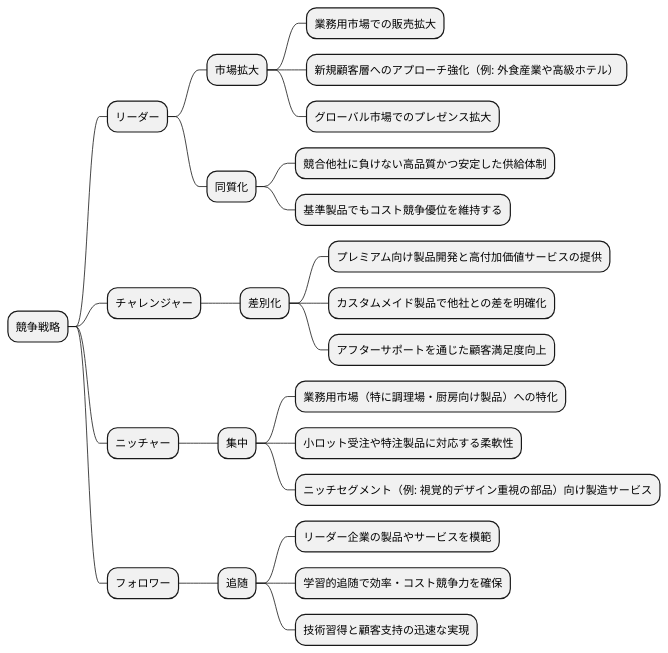
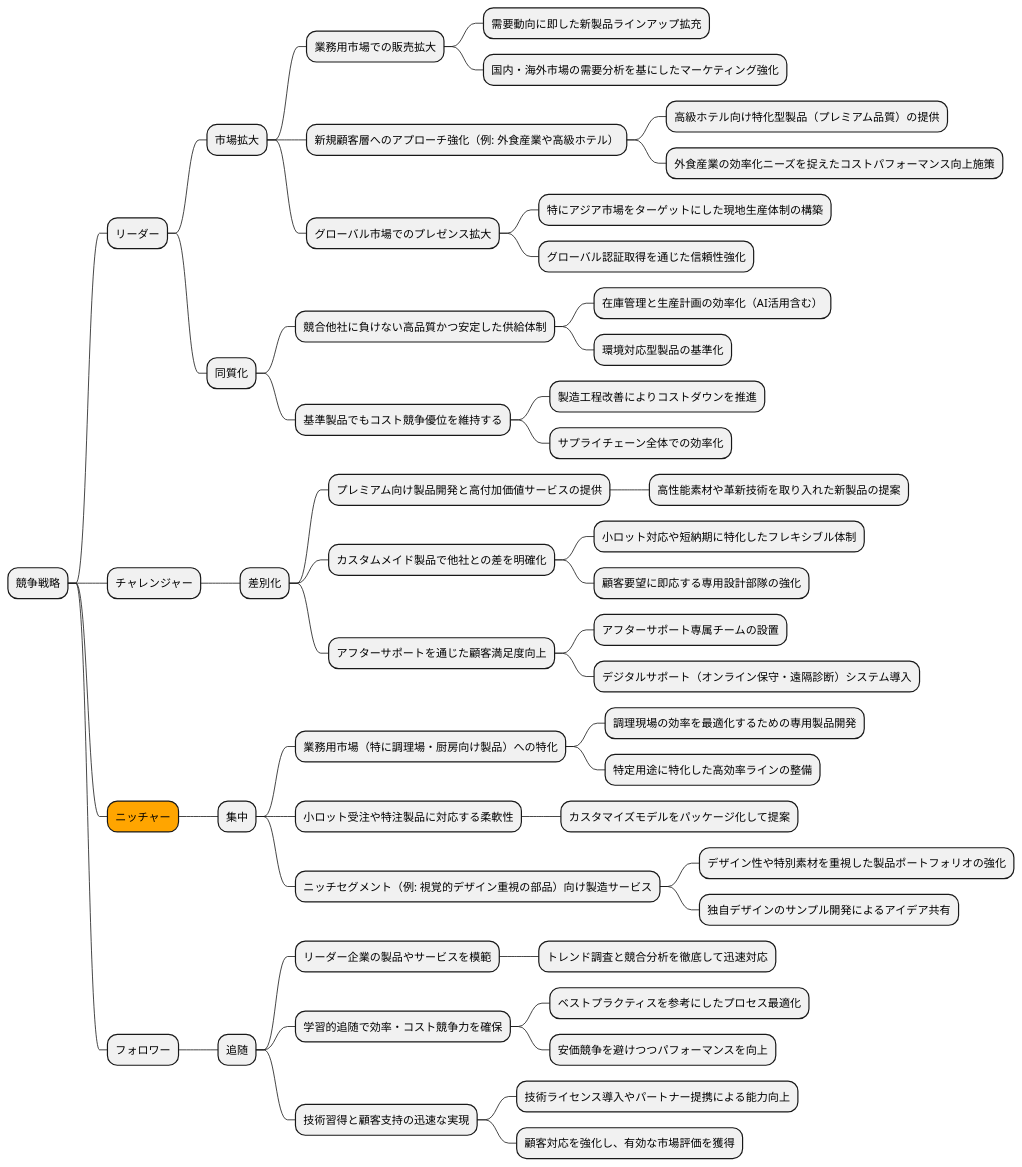
Before and after one commit to k2works/case-study-business-analysis: the ninth of 19 diagrams in docs/case/r04_case_3.adoc, drawn with PlantUML. The commit also changed other lines of this file, not shown here.

```diff
--- a/docs/case/r04_case_3.adoc
+++ b/docs/case/r04_case_3.adoc
@@ -378,31 +462,59 @@
 [plantuml]
 ----
 @startmindmap
 
 * 競争戦略
 ** リーダー
 *** 市場拡大
 **** 業務用市場での販売拡大
+***** 需要動向に即した新製品ラインアップ拡充
+***** 国内・海外市場の需要分析を基にしたマーケティング強化
 **** 新規顧客層へのアプローチ強化（例: 外食産業や高級ホテル）
+***** 高級ホテル向け特化型製品（プレミアム品質）の提供
+***** 外食産業の効率化ニーズを捉えたコストパフォーマンス向上施策
 **** グローバル市場でのプレゼンス拡大
+***** 特にアジア市場をターゲットにした現地生産体制の構築
+***** グローバル認証取得を通じた信頼性強化
 *** 同質化
 **** 競合他社に負けない高品質かつ安定した供給体制
+***** 在庫管理と生産計画の効率化（AI活用含む）
+***** 環境対応型製品の基準化
 **** 基準製品でもコスト競争優位を維持する
+***** 製造工程改善によりコストダウンを推進
+***** サプライチェーン全体での効率化
+
 ** チャレンジャー
 *** 差別化
 **** プレミアム向け製品開発と高付加価値サービスの提供
+***** 高性能素材や革新技術を取り入れた新製品の提案
 **** カスタムメイド製品で他社との差を明確化
+***** 小ロット対応や短納期に特化したフレキシブル体制
+***** 顧客要望に即応する専用設計部隊の強化
 **** アフターサポートを通じた顧客満足度向上
-** ニッチャー
+***** アフターサポート専属チームの設置
+***** デジタルサポート（オンライン保守・遠隔診断）システム導入
+
+**[#orange] ニッチャー
 *** 集中
 **** 業務用市場（特に調理場・厨房向け製品）への特化
+***** 調理現場の効率を最適化するための専用製品開発
+***** 特定用途に特化した高効率ラインの整備
 **** 小ロット受注や特注製品に対応する柔軟性
+***** カスタマイズモデルをパッケージ化して提案
 **** ニッチセグメント（例: 視覚的デザイン重視の部品）向け製造サービス
+***** デザイン性や特別素材を重視した製品ポートフォリオの強化
+***** 独自デザインのサンプル開発によるアイデア共有
+
 ** フォロワー
 *** 追随
 **** リーダー企業の製品やサービスを模範
+***** トレンド調査と競合分析を徹底して迅速対応
 **** 学習的追随で効率・コスト競争力を確保
+***** ベストプラクティスを参考にしたプロセス最適化
+***** 安価競争を避けつつパフォーマンスを向上
 **** 技術習得と顧客支持の迅速な実現
+***** 技術ライセンス導入やパートナー提携による能力向上
+***** 顧客対応を強化し、有効な市場評価を獲得
 
 @endmindmap
 ----
```
